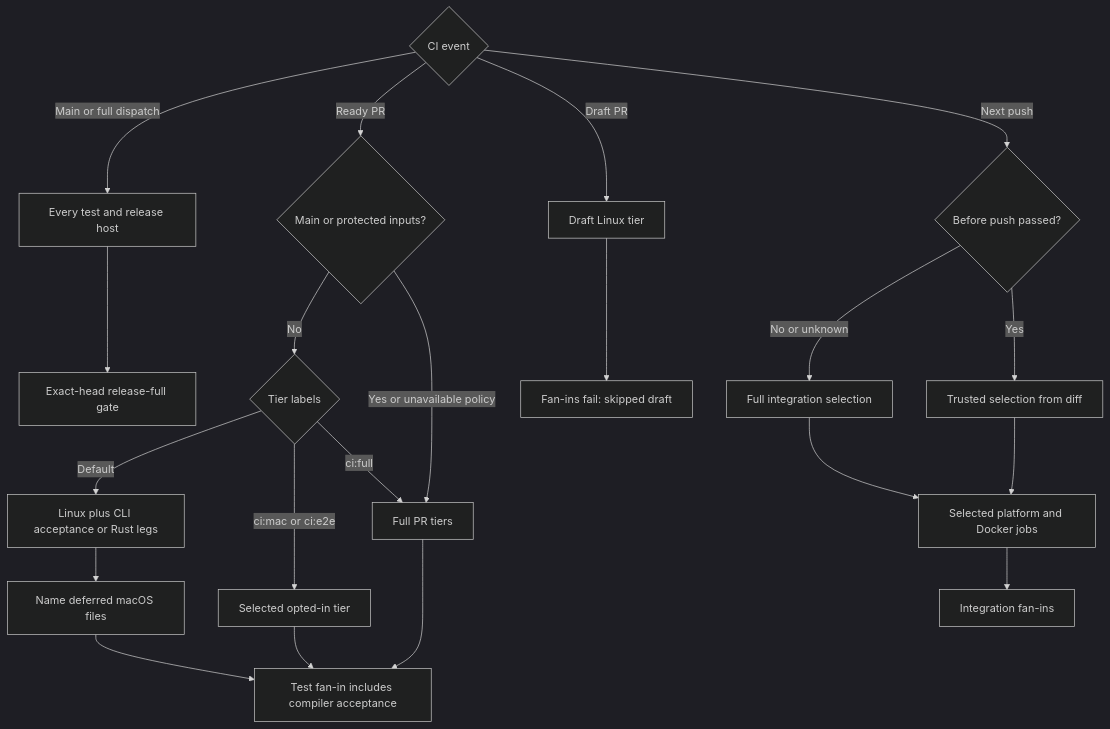
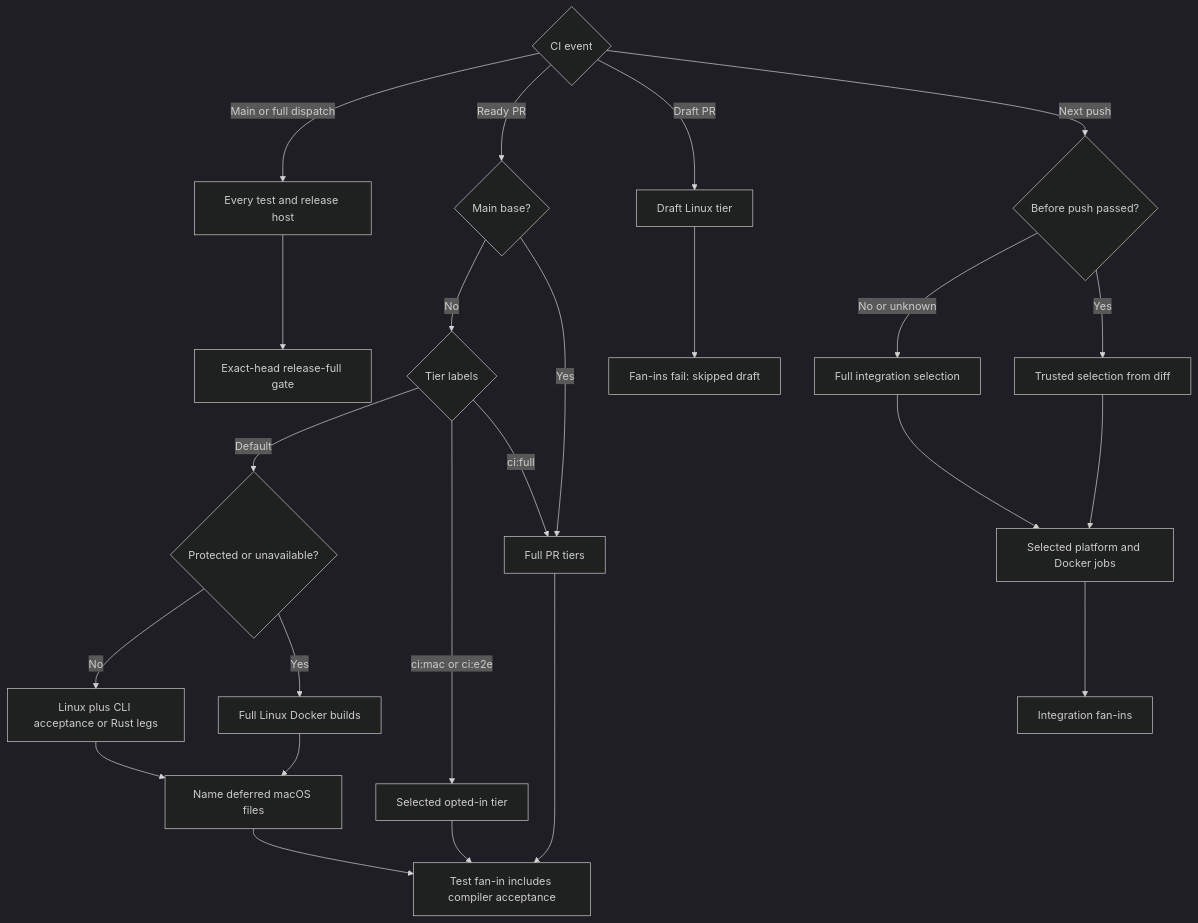
Before and after one commit to hack-dance/hack: the diagram in docs/reference/ci-test-selection.mmd, drawn with Mermaid (dark theme). The commit also changed 7 other files, not shown here.

```diff
--- a/docs/reference/ci-test-selection.mmd
+++ b/docs/reference/ci-test-selection.mmd
@@ -1,26 +1,29 @@
 flowchart TD
   event{CI event}
   event -->|Main or full dispatch| full[Every test and release host]
   full --> release[Exact-head release-full gate]
-  event -->|Ready PR| guard{Main or protected inputs?}
+  event -->|Ready PR| guard{Main base?}
   guard -->|No| labels{Tier labels}
-  guard -->|Yes or unavailable policy| allpr
+  guard -->|Yes| allpr
   event -->|Draft PR| draft[Draft Linux tier]
   draft --> draftgate[Fan-ins fail: skipped draft]
-  labels -->|Default| light[Linux plus CLI acceptance or Rust legs]
+  labels -->|Default| inputs{Protected or unavailable?}
+  inputs -->|No| light[Linux plus CLI acceptance or Rust legs]
+  inputs -->|Yes| linuxfull[Full Linux Docker builds]
+  linuxfull --> deferred
   light --> deferred[Name deferred macOS files]
   deferred --> prgate[Test fan-in includes compiler acceptance]
   labels -->|ci:mac or ci:e2e| tier[Selected opted-in tier]
   labels -->|ci:full| allpr[Full PR tiers]
   tier --> prgate
   allpr --> prgate
   event -->|Next push| before{Before push passed?}
   before -->|No or unknown| all[Full integration selection]
   before -->|Yes| select[Trusted selection from diff]
   all --> integration[Selected platform and Docker jobs]
   select --> integration
   integration --> gate[Integration fan-ins]
   class light,tier,allpr,integration,full live
   class deferred wait
   class draftgate fail
   class prgate,gate,release ok
```
